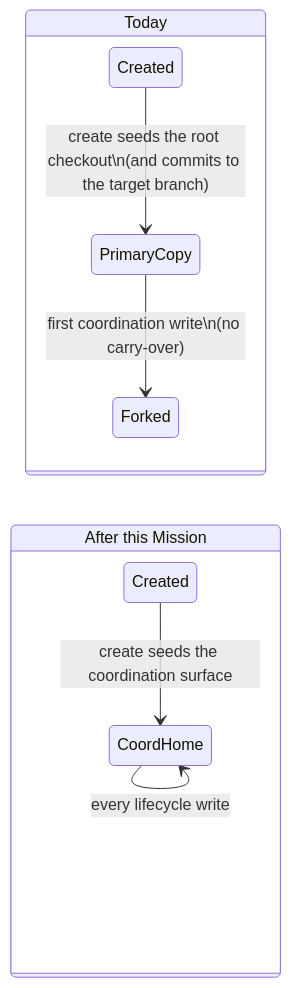
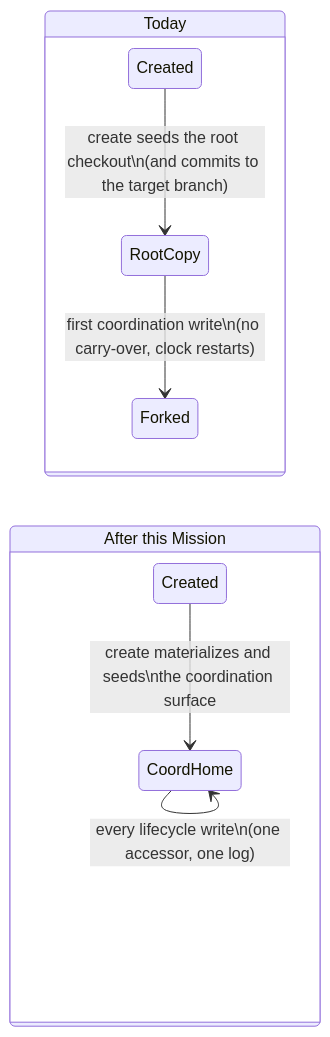
One commit to stijn-dejongh/spec-kitty changed the diagram in kitty-specs/coord-artifact-single-home-01M3V4BE/spec.md. Above: the diagram before and after it, drawn with Mermaid. The commit also changed other lines of this file and 7 other files, not shown here.

Commit message:
Fold post-spec squad findings into spec for mission coord-artifact-single-home-01M3V4BE

````diff
--- a/kitty-specs/coord-artifact-single-home-01M3V4BE/spec.md
+++ b/kitty-specs/coord-artifact-single-home-01M3V4BE/spec.md
@@ -25,13 +21,13 @@
 ```mermaid
 stateDiagram-v2
     direction LR
     state "Today" as today {
-        Created --> PrimaryCopy: create seeds the root checkout\n(and commits to the target branch)
-        PrimaryCopy --> Forked: first coordination write\n(no carry-over)
+        Created --> RootCopy: create seeds the root checkout\n(and commits to the target branch)
+        RootCopy --> Forked: first coordination write\n(no carry-over, clock restarts)
     }
     state "After this Mission" as after {
         Created2: Created
-        Created2 --> CoordHome: create seeds the coordination surface
-        CoordHome --> CoordHome: every lifecycle write
+        Created2 --> CoordHome: create materializes and seeds\nthe coordination surface
+        CoordHome --> CoordHome: every lifecycle write\n(one accessor, one log)
     }
 ```
````
